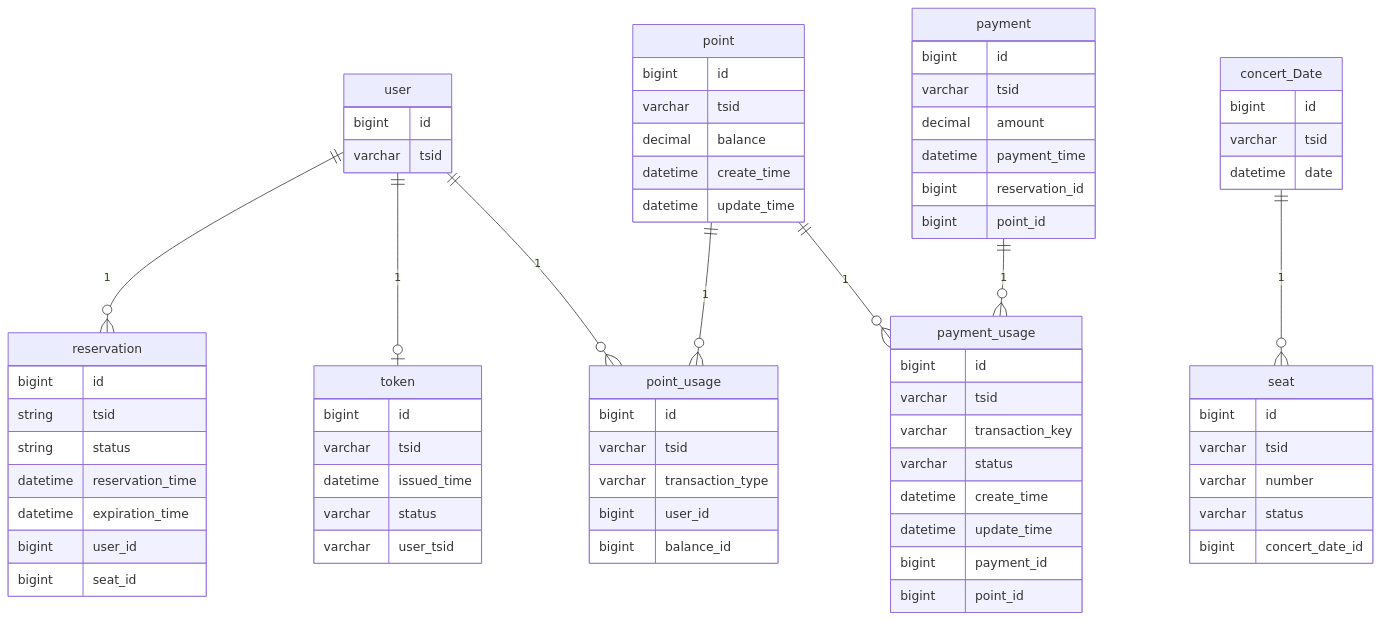
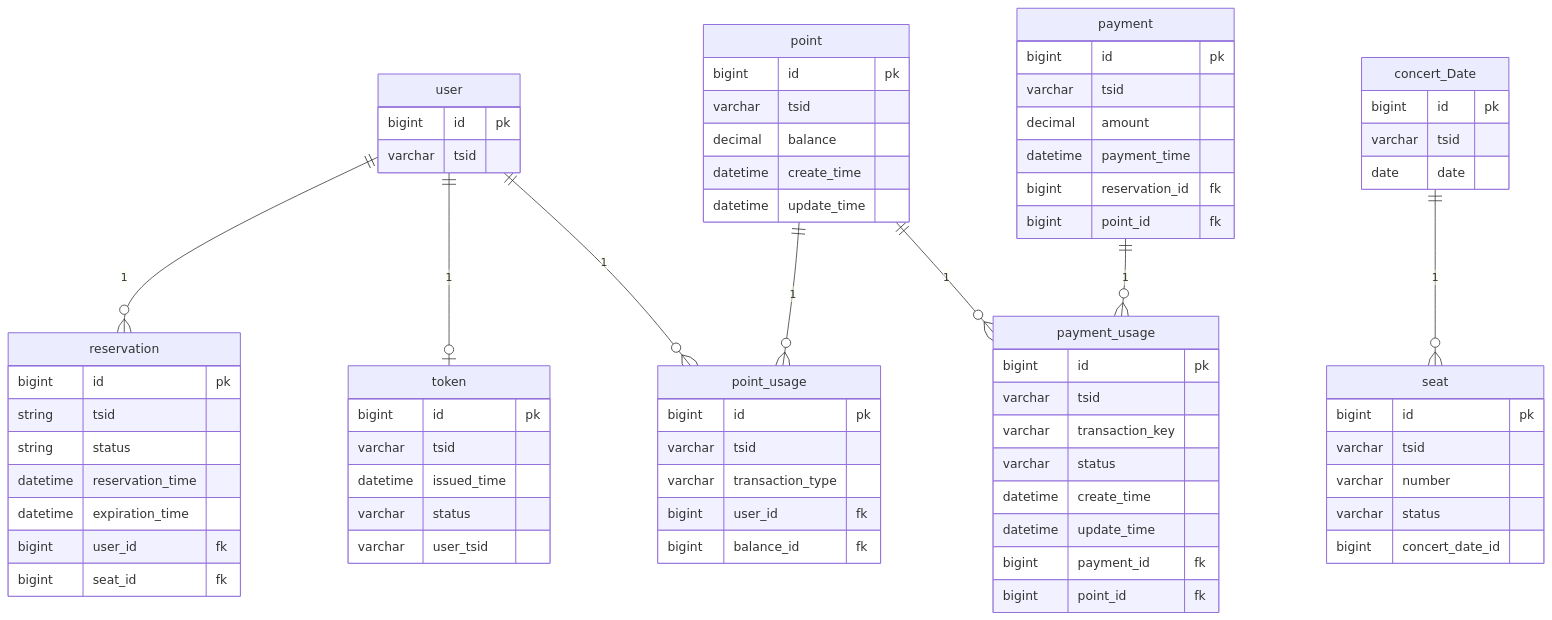
One commit to wanniDev/ticket changed the third of 3 diagrams in README.MD. Above: the diagram before and after it, drawn with Mermaid.

Commit message:
Document: ERD 키 속성 추가

````diff
--- a/README.MD
+++ b/README.MD
@@ -351,79 +351,79 @@
 ```mermaid
 erDiagram
     user {
-        bigint id
+        bigint id pk
         varchar tsid
     }
     point {
-      bigint id
+      bigint id pk
       varchar tsid
       decimal balance
       datetime create_time
       datetime update_time
     }
     point_usage {
-      bigint id
+      bigint id pk
       varchar tsid
       varchar transaction_type
-      bigint user_id
-      bigint balance_id
+      bigint user_id fk
+      bigint balance_id fk
     }
     token {
-        bigint id
+        bigint id pk
         varchar tsid
         datetime issued_time
         varchar status
         varchar user_tsid
     }
     concert_Date {
-        bigint id
+        bigint id pk
         varchar tsid
-        datetime date
+        date date
     }
     
     seat { 
-        bigint id
+        bigint id pk
         varchar tsid
         varchar number
         varchar status
         bigint concert_date_id
     }
 
     reservation {
-        bigint id
+        bigint id pk
         string tsid
         string status
         datetime reservation_time
         datetime expiration_time
-        bigint user_id
-        bigint seat_id
+        bigint user_id fk
+        bigint seat_id fk
     }
     
     payment {
-        bigint id
+        bigint id pk
         varchar tsid
         decimal amount
         datetime payment_time
-        bigint reservation_id
-        bigint point_id
+        bigint reservation_id fk
+        bigint point_id fk
     }
     
     payment_usage {
-        bigint id
+        bigint id pk
         varchar tsid
         varchar transaction_key
         varchar status
         datetime create_time
         datetime update_time
-        bigint payment_id
-        bigint point_id
+        bigint payment_id fk
+        bigint point_id fk
     }
     
     point ||--o{ payment_usage : "1"
     payment ||--o{ payment_usage : "1"
     point ||--o{ point_usage : "1"
     user ||--o{ point_usage : "1"
     user ||--o| token : "1"
     user ||--o{ reservation : "1"
     concert_Date ||--o{ seat : "1"
 ```
````
